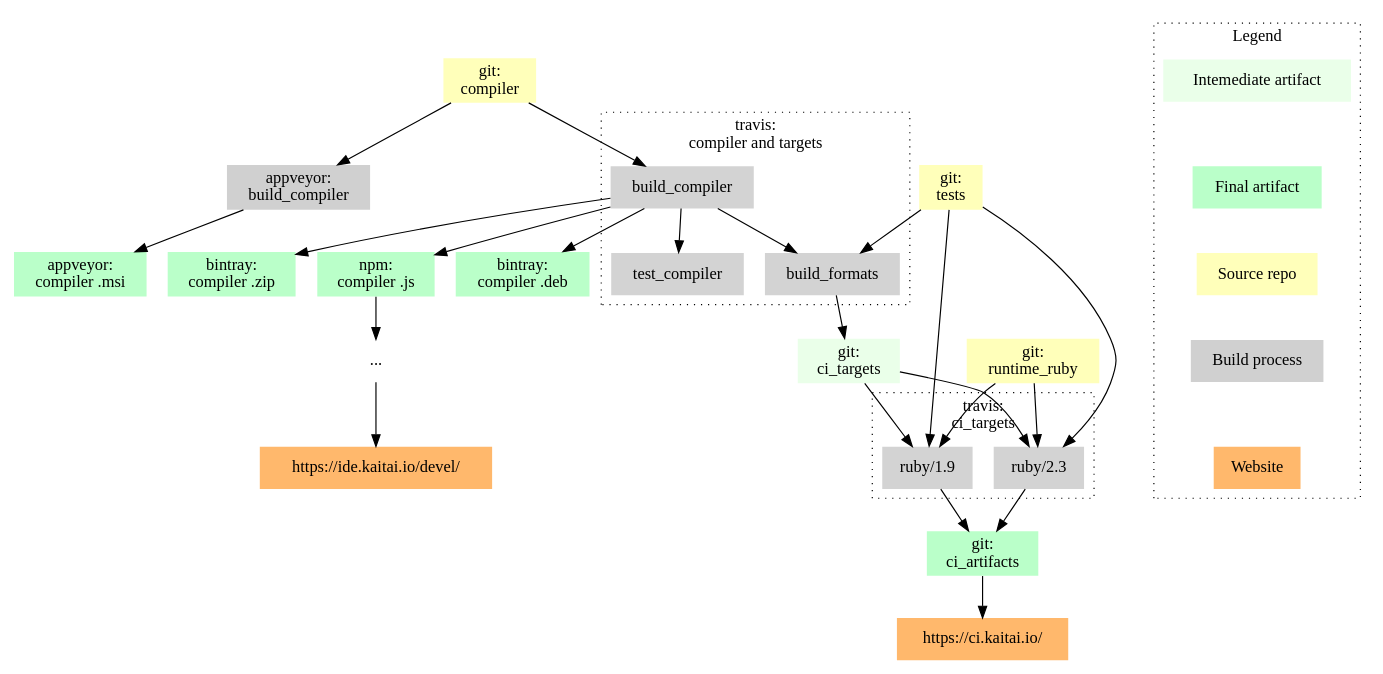
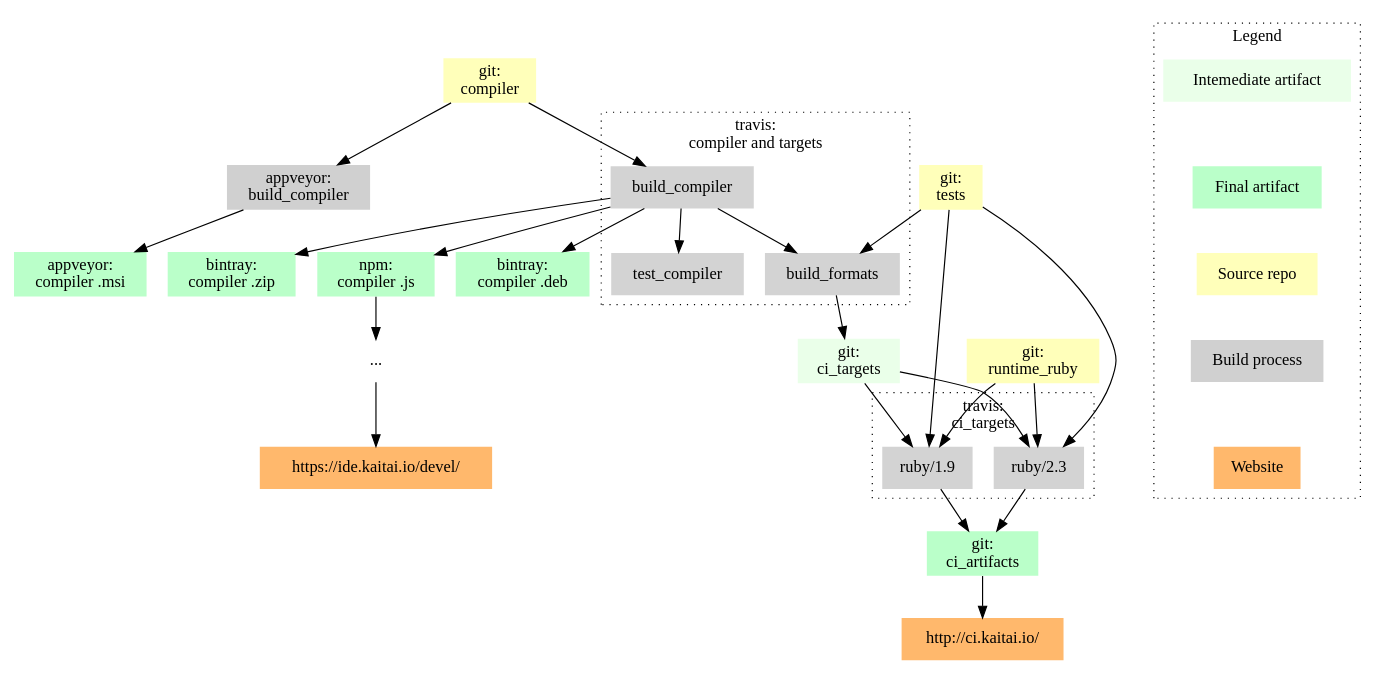
The diagram in dot/ci_overview.dot (kaitai-io/kaitai_struct_doc), drawn with Graphviz before and after one commit. The commit also changed 8 other files, not shown here.

First line of the commit message:
Preserve http(s) protocol when navigating to *.kaitai.io (#44)

```diff
--- a/dot/ci_overview.dot
+++ b/dot/ci_overview.dot
@@ -1,65 +1,65 @@
 digraph {
 	rankdir=TB;
 	compound=true;
 	node [shape=plaintext, style=filled];
 
 	git_compiler [label="git:\ncompiler",fillcolor="#ffffba",href="https://github.com/kaitai-io/kaitai_struct_compiler",target="_blank"];
 	git_tests [label="git:\ntests",fillcolor="#ffffba",href="https://github.com/kaitai-io/kaitai_struct_tests",target="_blank"];
 	git_ci_artifacts [label="git:\nci_artifacts",fillcolor="#baffc9",href="https://github.com/kaitai-io/ci_artifacts",target="_blank"];
 	git_runtime_ruby [label="git:\nruntime_ruby",fillcolor="#ffffba",href="https://github.com/kaitai-io/kaitai_struct_ruby_runtime",target="_blank"];
 
 	artifact_deb [label="bintray:\ncompiler .deb",fillcolor="#baffc9",href="https://bintray.com/kaitai-io/debian_unstable/kaitai-struct-compiler",target="_blank"];
 	artifact_zip [label="bintray:\ncompiler .zip",fillcolor="#baffc9",href="https://bintray.com/kaitai-io/universal_unstable/kaitai-struct-compiler",target="_blank"];
 	artifact_js [label="npm:\ncompiler .js",fillcolor="#baffc9",href="https://www.npmjs.com/package/kaitai-struct-compiler",target="_blank"];
 	artifact_msi [label="appveyor:\ncompiler .msi",fillcolor="#baffc9",href="https://ci.appveyor.com/project/GreyCat/kaitai-struct/build/artifacts",target="_blank"];
 
 	artifact_ci_targets [label="git:\nci_targets",fillcolor="#eaffe9",href="https://github.com/kaitai-io/ci_targets",target="_blank"];
 
 	build_compiler_appveyor [label="appveyor:\nbuild_compiler",fillcolor="#d0d0d0",href="https://ci.appveyor.com/project/GreyCat/kaitai-struct",target="_blank"];
 
-	dashboard [label="https://ci.kaitai.io/",href="https://ci.kaitai.io/",fillcolor="#ffb86c",target="_blank"];
+	dashboard [label="http://ci.kaitai.io/",href="//ci.kaitai.io/",fillcolor="#ffb86c",target="_blank"];
 	web_ide_unstable [label="https://ide.kaitai.io/devel/",href="https://ide.kaitai.io/devel/",fillcolor="#ffb86c",target="_blank"];
 
 	abridged_1 [label="...", style=none];
 
 	git_compiler -> build_compiler;
 	git_compiler -> build_compiler_appveyor -> artifact_msi;
 
 
 	subgraph cluster_build_compiler {
 		label="travis:\ncompiler and targets";
 		graph[style=dotted];
 
 		build_compiler -> {test_compiler build_formats};
 	}
 
 	git_tests -> {build_formats build_ruby_1_9 build_ruby_2_3};
 	build_compiler -> {artifact_deb artifact_zip artifact_js};
 
 	subgraph cluster_travis_ci_targets {
 		label="travis:\nci_targets";
 		graph[style=dotted];
 
 		build_ruby_1_9 [label="ruby/1.9"];
 		build_ruby_2_3 [label="ruby/2.3"];
 	}
 
 	build_formats -> artifact_ci_targets -> {build_ruby_1_9 build_ruby_2_3} -> git_ci_artifacts -> dashboard;
 
 	git_runtime_ruby -> {build_ruby_1_9 build_ruby_2_3};
 
 	artifact_js -> abridged_1 -> web_ide_unstable;
 
 	subgraph cluster_legend {
 		label="Legend";
 		graph[style=dotted];
 
 		legend_artifact_int [label="Intemediate artifact",fillcolor="#eaffe9"];
 		legend_artifact_final [label="Final artifact",fillcolor="#baffc9"];
 		legend_source [label="Source repo",fillcolor="#ffffba"];
 		legend_build [label="Build process",fillcolor="#d0d0d0"];
 		legend_website [label="Website",fillcolor="#ffb86c"];
 
 		legend_artifact_int -> legend_artifact_final -> legend_source -> legend_build -> legend_website [style=invis];
 	}
 }
```
